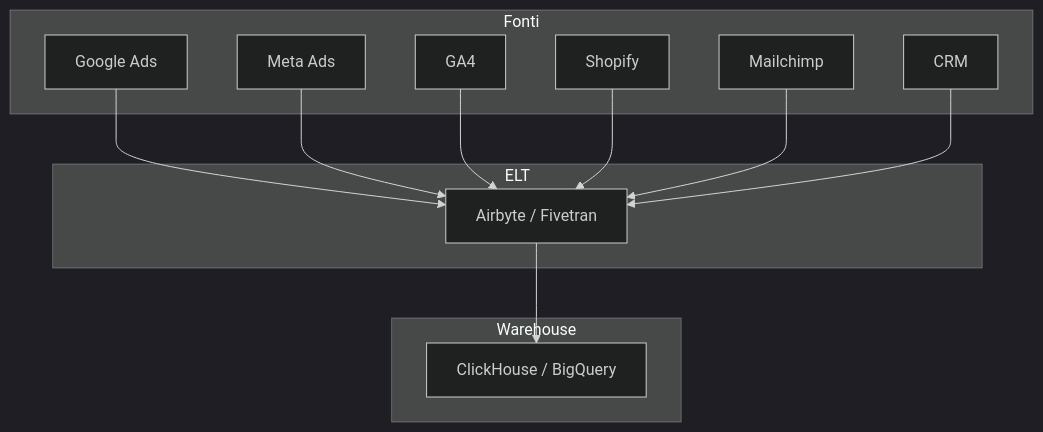
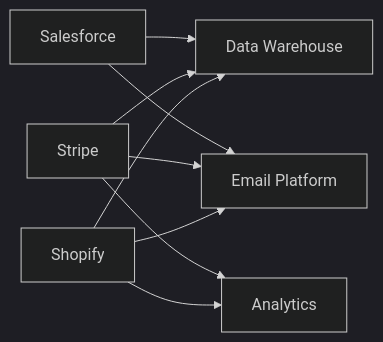
The diagram in src/content/corso/data-collection/integrations.mdx (AndreyBertasini/gynnitech), drawn with Mermaid (dark theme) before and after one commit. The commit also changed other lines of this file and 10 other files, not shown here.

````diff
--- a/src/content/corso/data-collection/integrations.mdx
+++ b/src/content/corso/data-collection/integrations.mdx
@@ -15,24 +20,11 @@
 ```mermaid
-graph TD
-    subgraph Fonti
-        A["Google Ads"]
-        B["Meta Ads"]
-        C["GA4"]
-        D["Shopify"]
-        E["Mailchimp"]
-        F["CRM"]
-    end
-    subgraph ELT
-        G["Airbyte / Fivetran"]
-    end
-    subgraph Warehouse
-        H["ClickHouse / BigQuery"]
-    end
-    A --> G
-    B --> G
-    C --> G
-    D --> G
-    E --> G
-    F --> G
-    G --> H
+graph LR
+    A["Salesforce"] --> D["Data Warehouse"]
+    A --> E["Email Platform"]
+    B["Stripe"] --> D
+    B --> E
+    B --> F["Analytics"]
+    C["Shopify"] --> D
+    C --> E
+    C --> F
 ```
````
